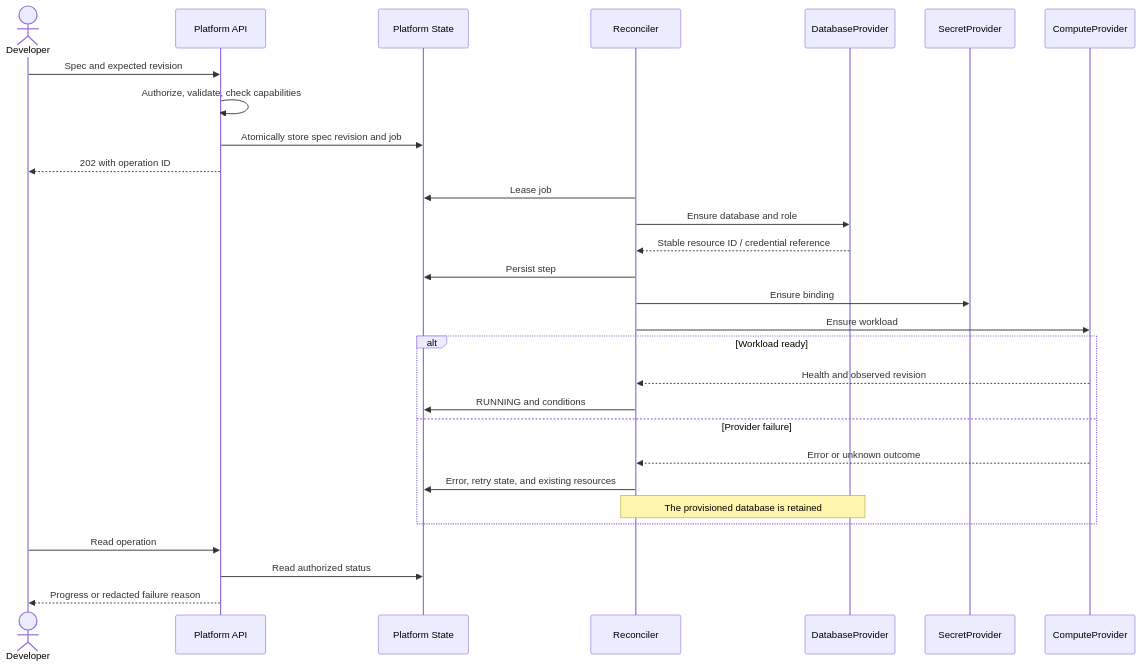
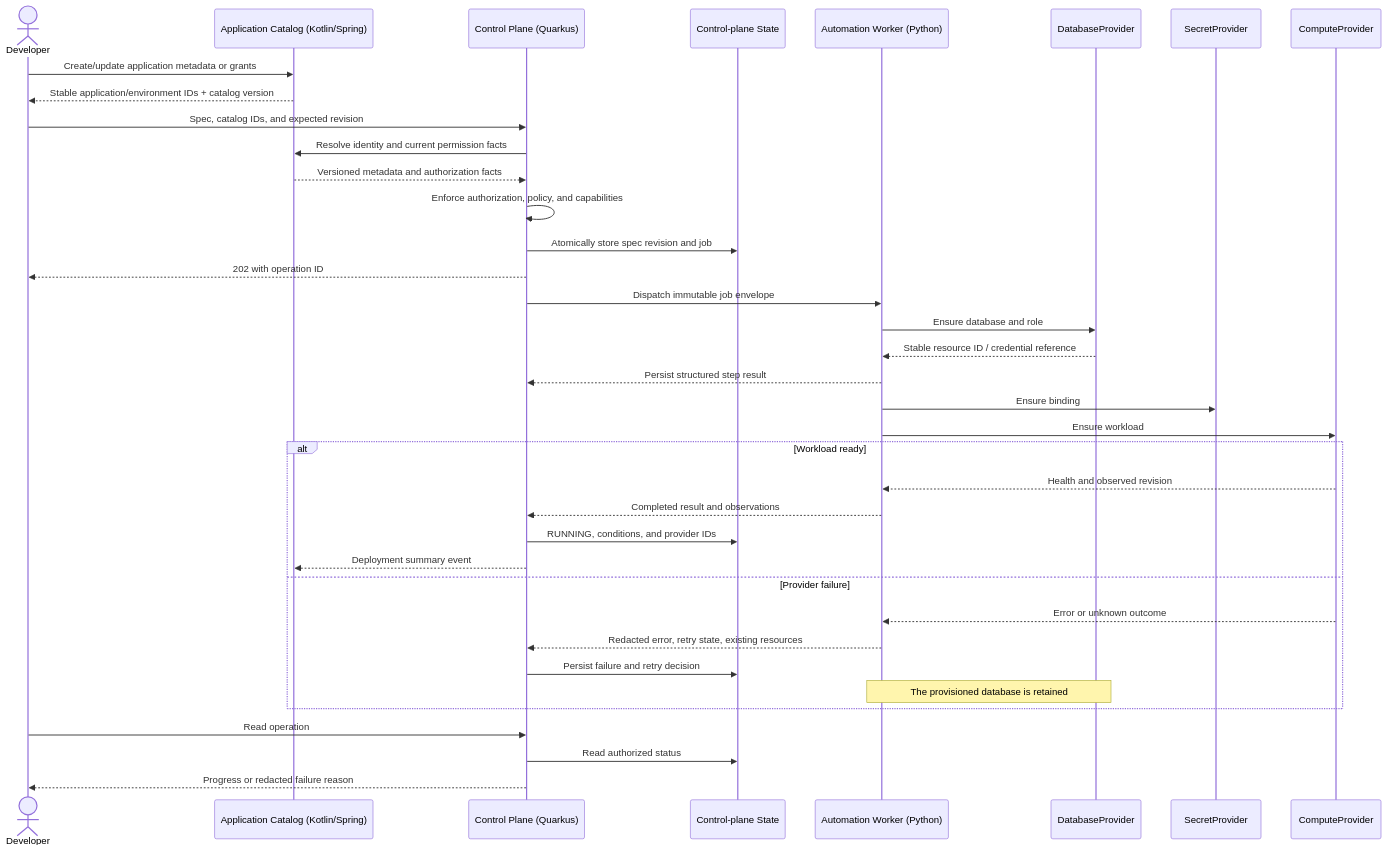
The second of 2 diagrams in docs/02-architecture/diagrams/provisioning.md (eseidinger/developer-platform), drawn with Mermaid before and after one commit. The commit also changed other lines of this file and 18 other files, not shown here.

````diff
--- a/docs/02-architecture/diagrams/provisioning.md
+++ b/docs/02-architecture/diagrams/provisioning.md
@@ -37,31 +37,39 @@
 ```mermaid
 sequenceDiagram
     actor Dev as Developer
-    participant API as Platform API
-    participant State as Platform State
-    participant Worker as Reconciler
+    participant Catalog as Application Catalog (Kotlin/Spring)
+    participant API as Control Plane (Quarkus)
+    participant State as Control-plane State
+    participant Worker as Automation Worker (Python)
     participant DB as DatabaseProvider
     participant Sec as SecretProvider
     participant Compute as ComputeProvider
-    Dev->>API: Spec and expected revision
-    API->>API: Authorize, validate, check capabilities
+    Dev->>Catalog: Create/update application metadata or grants
+    Catalog-->>Dev: Stable application/environment IDs + catalog version
+    Dev->>API: Spec, catalog IDs, and expected revision
+    API->>Catalog: Resolve identity and current permission facts
+    Catalog-->>API: Versioned metadata and authorization facts
+    API->>API: Enforce authorization, policy, and capabilities
     API->>State: Atomically store spec revision and job
     API-->>Dev: 202 with operation ID
-    Worker->>State: Lease job
+    API->>Worker: Dispatch immutable job envelope
     Worker->>DB: Ensure database and role
     DB-->>Worker: Stable resource ID / credential reference
-    Worker->>State: Persist step
+    Worker-->>API: Persist structured step result
     Worker->>Sec: Ensure binding
     Worker->>Compute: Ensure workload
     alt Workload ready
         Compute-->>Worker: Health and observed revision
-        Worker->>State: RUNNING and conditions
+        Worker-->>API: Completed result and observations
+        API->>State: RUNNING, conditions, and provider IDs
+        API-->>Catalog: Deployment summary event
     else Provider failure
         Compute-->>Worker: Error or unknown outcome
-        Worker->>State: Error, retry state, and existing resources
+        Worker-->>API: Redacted error, retry state, existing resources
+        API->>State: Persist failure and retry decision
         Note over Worker,DB: The provisioned database is retained
     end
     Dev->>API: Read operation
     API->>State: Read authorized status
     API-->>Dev: Progress or redacted failure reason
 ```
````
